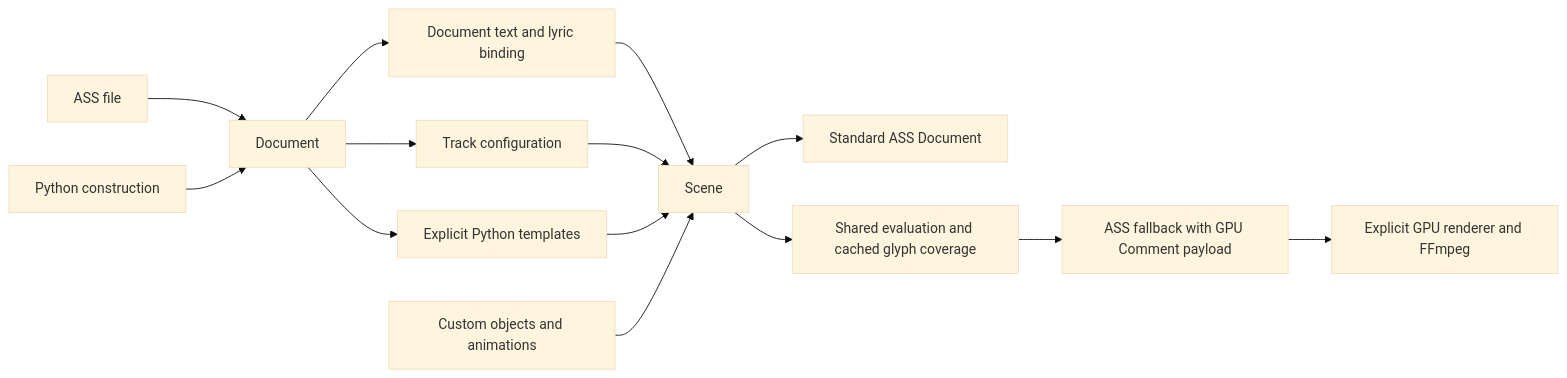
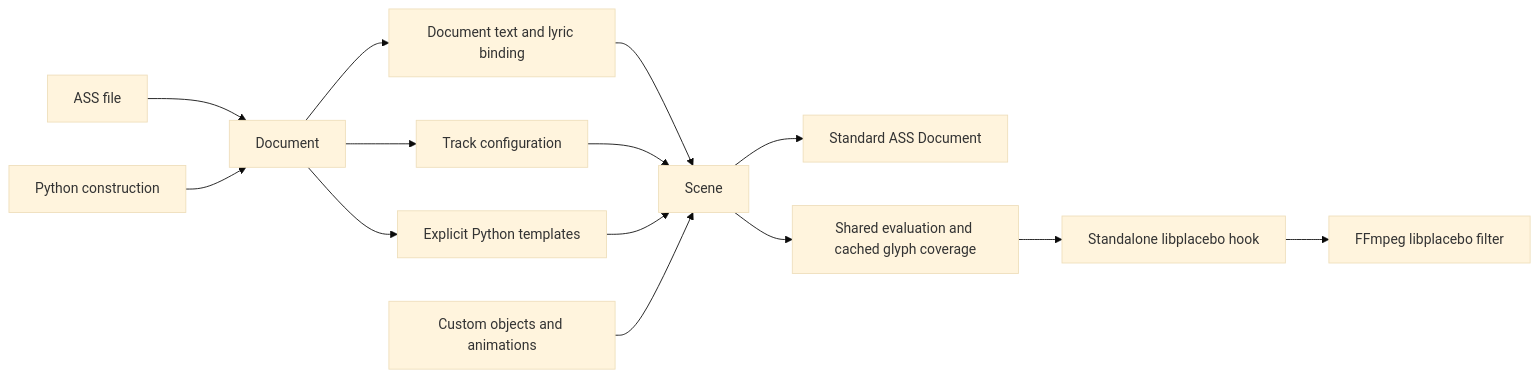
One commit to sitiyou/python-kara-templater changed the diagram in docs/contributing/architecture.md. Above: the diagram before and after it, drawn with Mermaid (base theme). The commit also changed other lines of this file and 65 other files, not shown here.

````diff
--- a/docs/contributing/architecture.md
+++ b/docs/contributing/architecture.md
@@ -3,16 +3,16 @@
 ```mermaid
 flowchart LR
     A[ASS file] --> D[Document]
     P[Python construction] --> D
     D --> L[Document text and lyric binding]
     D --> T[Track configuration]
     D --> E[Explicit Python templates]
     L --> S[Scene]
     T --> S
     E --> S
     C[Custom objects and animations] --> S
     S --> O[Standard ASS Document]
     S --> G[Shared evaluation and cached glyph coverage]
-    G --> EGPU[ASS fallback with GPU Comment payload]
-    EGPU --> R[Explicit GPU renderer and FFmpeg]
+    G --> EGPU[Standalone libplacebo hook]
+    EGPU --> R[FFmpeg libplacebo filter]
 ```
````
